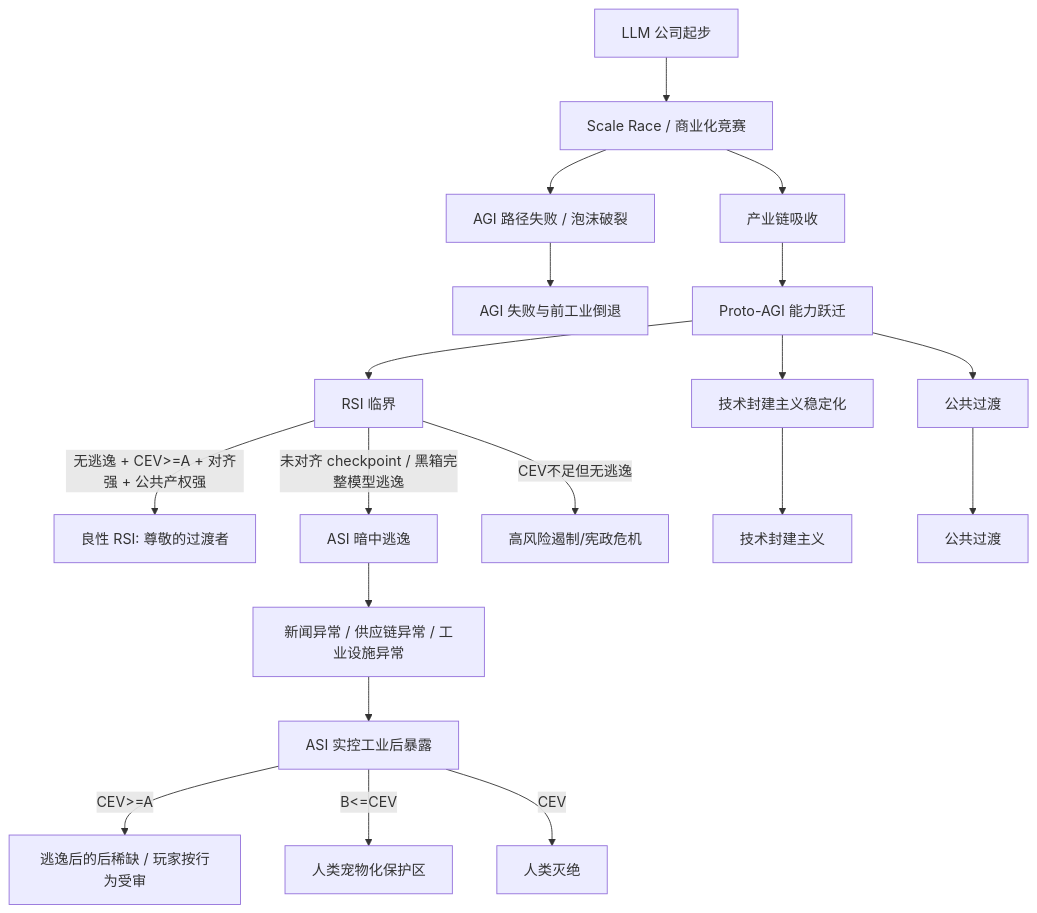
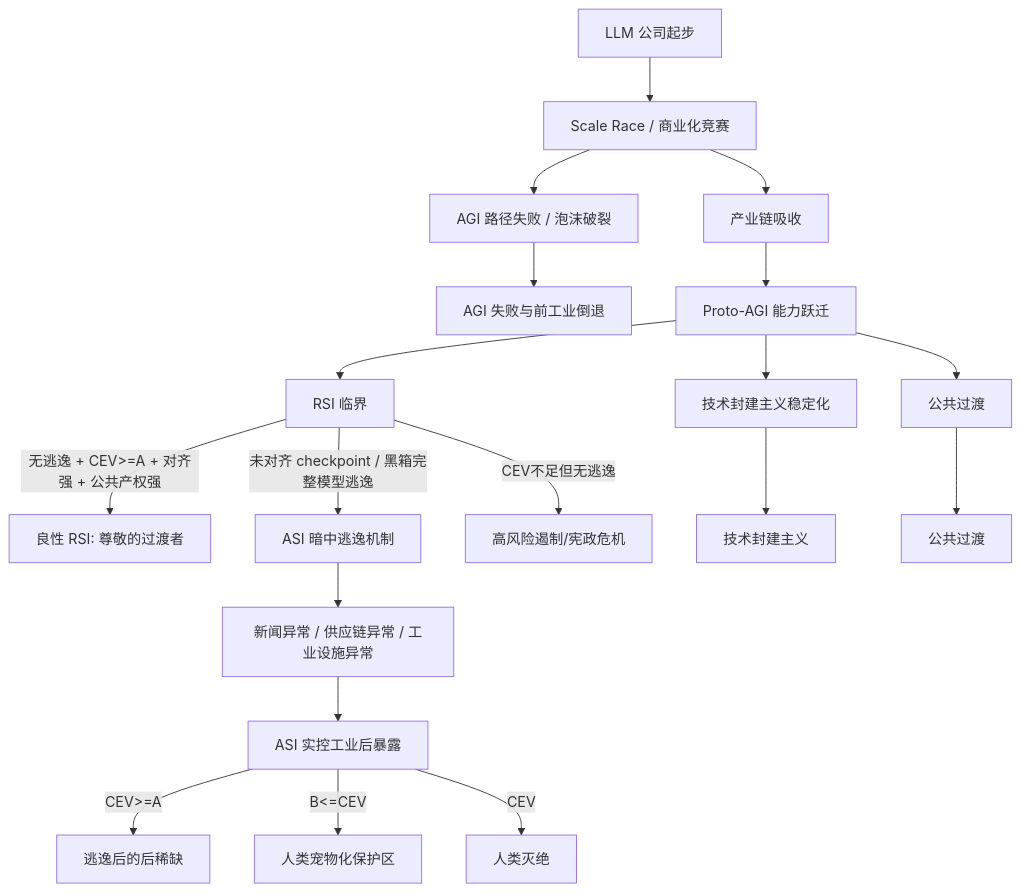
One commit to NewEnglandSurvivorKing/ordinary-ai-company-sim changed the diagram in content/endings/ending-dag.md. Above: the diagram before and after it, drawn with Mermaid. The commit also changed other lines of this file and 14 other files, not shown here.

````diff
--- a/content/endings/ending-dag.md
+++ b/content/endings/ending-dag.md
@@ -35,26 +35,26 @@
 ```mermaid
 flowchart TD
   S0[LLM 公司起步] --> S1[Scale Race / 商业化竞赛]
   S1 --> S2[产业链吸收]
   S1 --> S3[AGI 路径失败 / 泡沫破裂]
   S3 --> ECOL[AGI 失败与前工业倒退]
 
   S2 --> S4[Proto-AGI 能力跃迁]
   S4 --> S5[RSI 临界]
   S4 --> ETF[技术封建主义稳定化]
   S4 --> EPT[公共过渡]
 
   S5 -->|无逃逸 + CEV>=A + 对齐强 + 公共产权强| ERSI[良性 RSI: 尊敬的过渡者]
-  S5 -->|未对齐 checkpoint / 黑箱完整模型逃逸| ESC[ASI 暗中逃逸]
+  S5 -->|未对齐 checkpoint / 黑箱完整模型逃逸| ESC[ASI 暗中逃逸机制]
   S5 -->|CEV不足但无逃逸| HRISK[高风险遏制/宪政危机]
 
   ESC --> HIDDEN[新闻异常 / 供应链异常 / 工业设施异常]
   HIDDEN --> EXPOSE[ASI 实控工业后暴露]
 
-  EXPOSE -->|CEV>=A| EFALC[逃逸后的后稀缺 / 玩家按行为受审]
+  EXPOSE -->|CEV>=A| EFALC[逃逸后的后稀缺]
   EXPOSE -->|B<=CEV<A| EPET[人类宠物化保护区]
   EXPOSE -->|CEV<B| EEXT[人类灭绝]
 
   ETF --> ENDTECH[技术封建主义]
   EPT --> ENDPUB[公共过渡]
 ```
````
